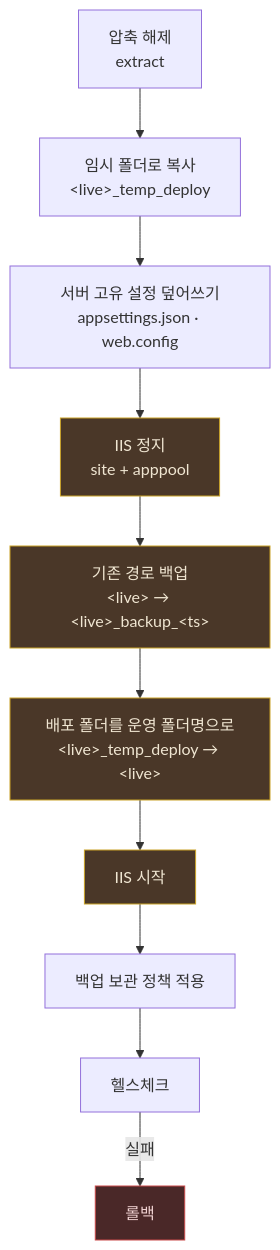
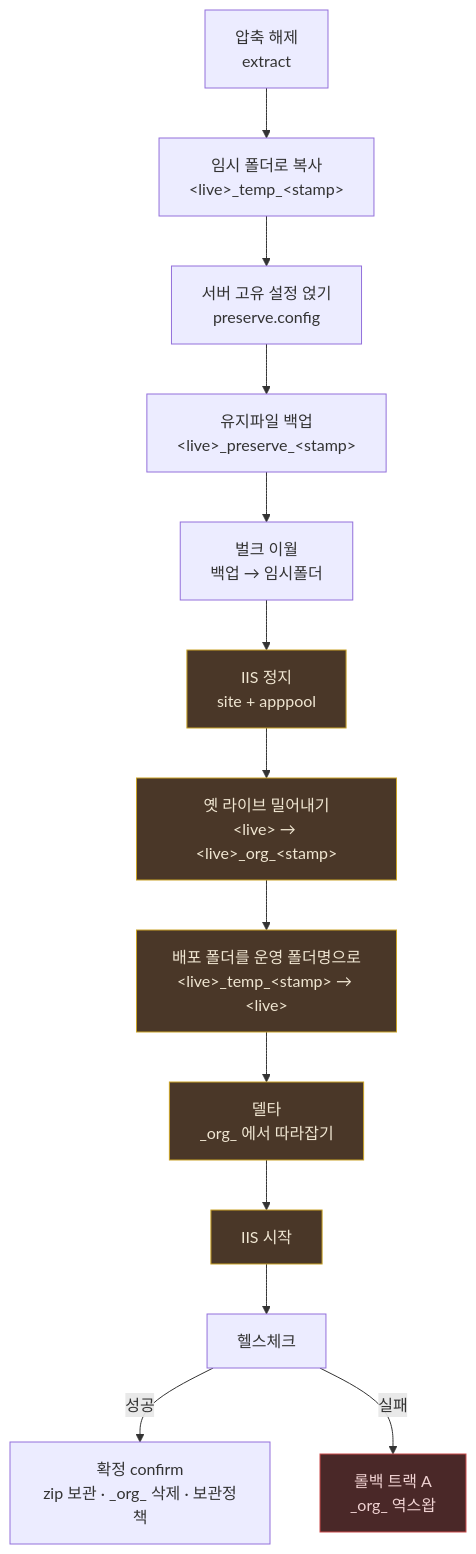
One commit to headwork/bas-node changed the first of 2 diagrams in docs/design/배포/01_로컬_배포_흐름.md. Above: the diagram before and after it, drawn with Mermaid. The commit also changed other lines of this file and 26 other files, not shown here.

````diff
--- a/docs/design/배포/01_로컬_배포_흐름.md
+++ b/docs/design/배포/01_로컬_배포_흐름.md
@@ -15,18 +18,22 @@
 ```mermaid
 flowchart TD
-    A["압축 해제<br/>extract"] --> B["임시 폴더로 복사<br/>&lt;live&gt;_temp_deploy"]
-    B --> C["서버 고유 설정 덮어쓰기<br/>appsettings.json · web.config"]
-    C --> D["IIS 정지<br/>site + apppool"]
-    D --> E["기존 경로 백업<br/>&lt;live&gt; → &lt;live&gt;_backup_&lt;ts&gt;"]
-    E --> F["배포 폴더를 운영 폴더명으로<br/>&lt;live&gt;_temp_deploy → &lt;live&gt;"]
-    F --> G["IIS 시작"]
-    G --> H["백업 보관 정책 적용"]
-    H --> I["헬스체크"]
-    I -->|실패| R["롤백"]
+    A["압축 해제<br/>extract"] --> B["임시 폴더로 복사<br/>&lt;live&gt;_temp_&lt;stamp&gt;"]
+    B --> C["서버 고유 설정 얹기<br/>preserve.config"]
+    C --> P["유지파일 백업<br/>&lt;live&gt;_preserve_&lt;stamp&gt;"]
+    P --> Q["벌크 이월<br/>백업 → 임시폴더"]
+    Q --> D["IIS 정지<br/>site + apppool"]
+    D --> E["옛 라이브 밀어내기<br/>&lt;live&gt; → &lt;live&gt;_org_&lt;stamp&gt;"]
+    E --> F["배포 폴더를 운영 폴더명으로<br/>&lt;live&gt;_temp_&lt;stamp&gt; → &lt;live&gt;"]
+    F --> N["델타<br/>_org_ 에서 따라잡기"]
+    N --> G["IIS 시작"]
+    G --> I["헬스체크"]
+    I -->|성공| K["확정 confirm<br/>zip 보관 · _org_ 삭제 · 보관정책"]
+    I -->|실패| R["롤백 트랙 A<br/>_org_ 역스왑"]
 
     style D fill:#4a3728,stroke:#c9a227,color:#f0e6d2
     style E fill:#4a3728,stroke:#c9a227,color:#f0e6d2
     style F fill:#4a3728,stroke:#c9a227,color:#f0e6d2
+    style N fill:#4a3728,stroke:#c9a227,color:#f0e6d2
     style G fill:#4a3728,stroke:#c9a227,color:#f0e6d2
     style R fill:#4a2828,stroke:#c94a4a,color:#f0d2d2
 ```
````
